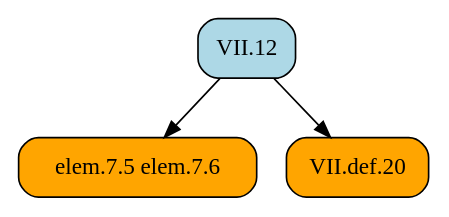
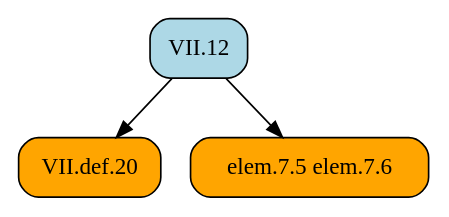
The diagram in docsrc/heath/VII/12/index.rst (geometor/elements), drawn with Graphviz before and after one commit. The commit also changed other lines of this file and 484 other files, not shown here.

```diff
--- a/docsrc/heath/VII/12/index.rst
+++ b/docsrc/heath/VII/12/index.rst
@@ -38,11 +38,11 @@
 .. graphviz::
 
    digraph {
      rankdir="TB";
      node [shape=box, style=rounded];
+     "VII.12" [style="rounded,filled", fillcolor=lightblue, URL="/heath/VII/12/", target="_top"];
+     "VII.def.20" [style="rounded,filled", fillcolor=orange, URL="/heath/VII/def.20/", target="_top"];
      "elem.7.5 elem.7.6" [style="rounded,filled", fillcolor=orange];
-     "VII.def.20" [style="rounded,filled", fillcolor=orange, URL="/heath/VII/def.20/", target="_top"];
-     "VII.12" [style="rounded,filled", fillcolor=lightblue, URL="/heath/VII/12/", target="_top"];
+     "VII.12" -> "VII.def.20";
      "VII.12" -> "elem.7.5 elem.7.6";
-     "VII.12" -> "VII.def.20";
    }
```
